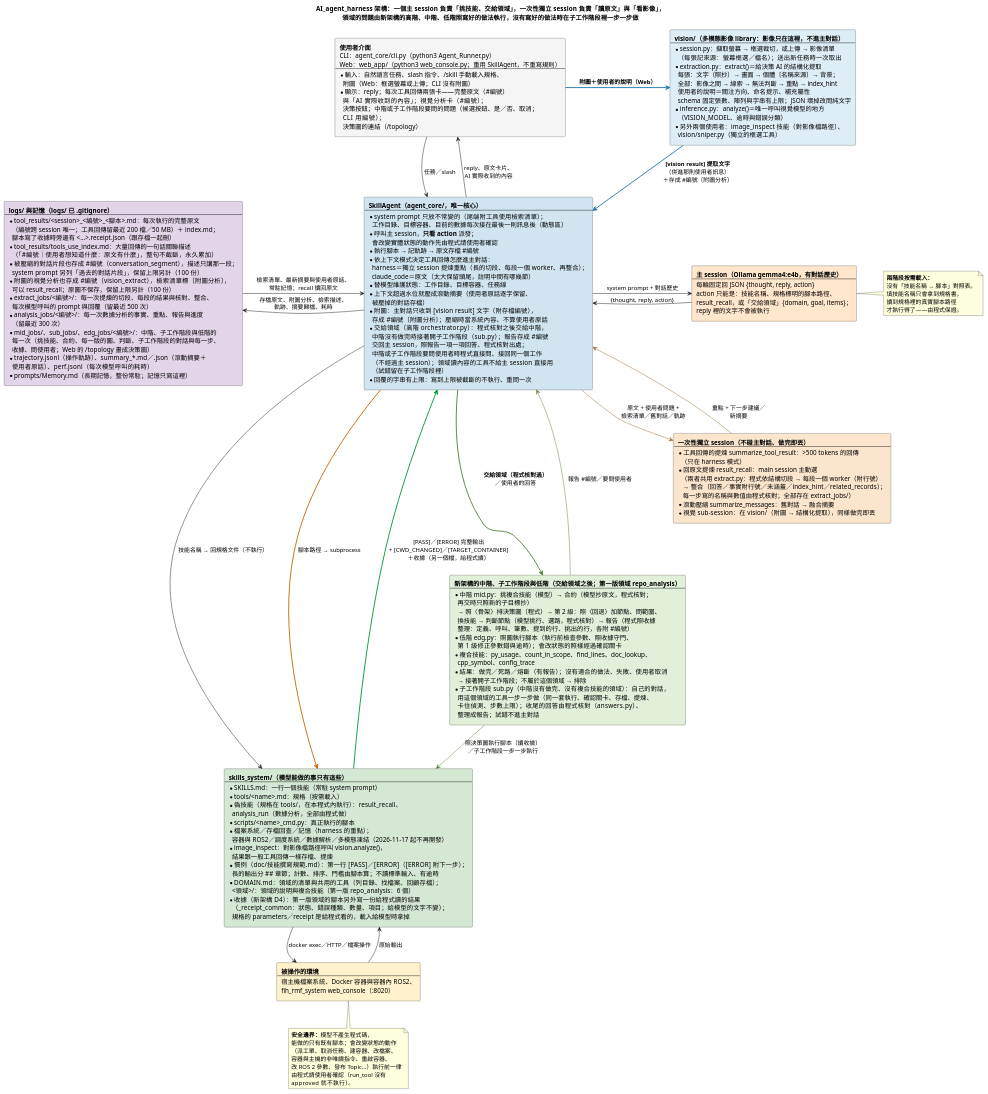
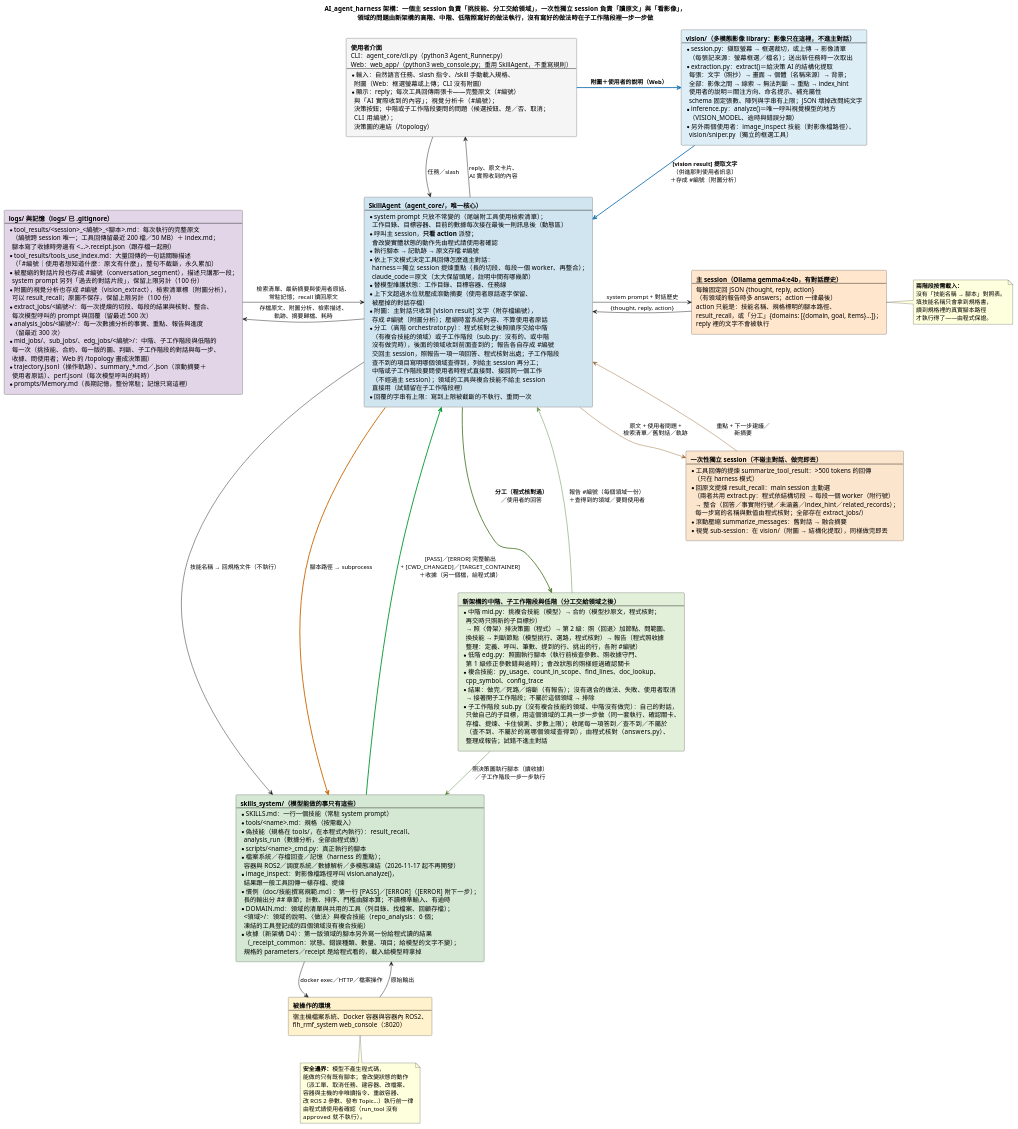
One commit to DavidZox/Coding_agnet changed the diagram in doc/diagrams/AI_agent_harness的說明.puml. Above: the diagram before and after it, drawn with PlantUML. The commit also changed 23 other files, not shown here.

First line of the commit message:
Update evaluation baselines and self-test logic; enhance domain handling in sub-tasks

```diff
--- a/doc/diagrams/AI_agent_harness的說明.puml
+++ b/doc/diagrams/AI_agent_harness的說明.puml
@@ -6,7 +6,7 @@
 skinparam shadowing false
 skinparam defaultFontName "Microsoft JhengHei"
 
-title AI_agent_harness 架構：一個主 session 負責「挑技能、交給領域」，一次性獨立 session 負責「讀原文」與「看影像」，\n領域的問題由新架構的高階、中階、低階照寫好的做法執行，沒有寫好的做法時在子工作階段裡一步一步做
+title AI_agent_harness 架構：一個主 session 負責「挑技能、分工交給領域」，一次性獨立 session 負責「讀原文」與「看影像」，\n領域的問題由新架構的高階、中階、低階照寫好的做法執行，沒有寫好的做法時在子工作階段裡一步一步做
 
 rectangle NodeUser #F5F5F5 [
   **使用者介面**
@@ -54,12 +54,14 @@
     被壓掉的對話存檔）
   * 附圖：主對話只收到 [vision result] 文字（附存檔編號），
     存成 #編號〔附圖分析〕；壓縮時當系統內容、不算使用者原話
-  * 交給領域（高階 orchestrator.py）：程式核對之後交給中階，
-    中階沒有做完時接著開子工作階段（sub.py）；報告存成 #編號
-    交回主 session，照報告一項一項回答、程式核對出處；
+  * 分工（高階 orchestrator.py）：程式核對之後照順序交給中階
+    （有複合技能的領域）或子工作階段（sub.py：沒有的、或中階
+    沒有做完時），後面的領域收到前面查到的；報告各自存成 #編號
+    交回主 session，照報告一項一項回答、程式核對出處；子工作階段
+    查不到的項目寫明哪個領域查得到，列給主 session 再分工；
     中階或子工作階段要問使用者時程式直接問、接回同一個工作
-    （不經過主 session）；領域讀內容的工具不給主 session 直接用
-    （試錯留在子工作階段裡）
+    （不經過主 session）；領域的工具與複合技能不給主 session
+    直接用（試錯留在子工作階段裡）
   * 回覆的字串有上限：寫到上限被截斷的不執行、重問一次
 ]
 
@@ -67,8 +69,9 @@
   **主 session（Ollama gemma4:e4b，有對話歷史）**
   ----
   每輪固定回 JSON {thought, reply, action}
+  （有領域的報告時多 answers；action 一律最後）
   action 只能是：技能名稱、規格標明的腳本路徑、
-  result_recall，或「交給領域」{domain, goal, items}；
+  result_recall，或「分工」{domains: [{domain, goal, items}…]}；
   reply 裡的文字不會被執行
 ]
 
@@ -100,14 +103,15 @@
   * 慣例（doc/技能撰寫規範.md）：第一行 [PASS]／[ERROR]（[ERROR] 附下一步）；
     長的輸出分 ## 章節；計數、排序、門檻由腳本算；不讀標準輸入、有逾時
   * DOMAIN.md：領域的清單與共用的工具（列目錄、找檔案、回顧存檔）；
-    <領域>/：領域的說明與複合技能（第一版 repo_analysis：6 個）
+    <領域>/：領域的說明、〈做法〉與複合技能（repo_analysis：6 個；
+    凍結的工具登記成的四個領域沒有複合技能）
   * 收據（新架構 D4）：第一版領域的腳本另外寫一份給程式讀的結果
     （_receipt_common：狀態、錯誤種類、數量、項目；給模型的文字不變）；
     規格的 parameters／receipt 是給程式看的，載入給模型時拿掉
 ]
 
 rectangle NodeDomain #E2F0D9 [
-  **新架構的中階、子工作階段與低階（交給領域之後；第一版領域 repo_analysis）**
+  **新架構的中階、子工作階段與低階（分工交給領域之後）**
   ----
   * 中階 mid.py：挑複合技能（模型）→ 合約（模型抄原文，程式核對；
     再交時只照新的子目標抄）
@@ -120,9 +124,10 @@
     cpp_symbol、config_trace
   * 結果：做完／死路／熔斷（有報告）；沒有適合的做法、失敗、使用者取消
     → 接著開子工作階段；不屬於這個領域 → 排除
-  * 子工作階段 sub.py（中階沒有做完、沒有複合技能的領域）：自己的對話，
-    用這個領域的工具一步一步做（同一套執行、確認關卡、存檔、提煉、
-    卡住偵測、步數上限）；收尾的回答由程式核對（answers.py）、
+  * 子工作階段 sub.py（沒有複合技能的領域、中階沒有做完）：自己的對話，
+    只做自己的子目標，用這個領域的工具一步一步做（同一套執行、確認關卡、
+    存檔、提煉、卡住偵測、步數上限）；收尾每一項答到／查不到／不屬於
+    （查不到、不屬於的寫哪個領域查得到），由程式核對（answers.py）、
     整理成報告；試錯不進主對話
 ]
 
@@ -171,8 +176,8 @@
 NodeWorld -up-> NodeSkills : 原始輸出
 NodeSkills -[#009933,bold]up-> NodeAgent : [PASS]／[ERROR] 完整輸出\n+ [CWD_CHANGED]／[TARGET_CONTAINER]\n＋收據（另一個檔，給程式讀）
 NodeAgent -left-> NodeStore : 存檔原文、附圖分析、檢索描述、\n軌跡、摘要歸檔、耗時
-NodeAgent -[#548235,bold]right-> NodeDomain : **交給領域（程式核對過）**\n／使用者的回答
-NodeDomain -[#548235]left-> NodeAgent : 報告 #編號／要問使用者
+NodeAgent -[#548235,bold]right-> NodeDomain : **分工（程式核對過）**\n／使用者的回答
+NodeDomain -[#548235]left-> NodeAgent : 報告 #編號（每個領域一份）\n＋查得到的領域／要問使用者
 NodeDomain -[#548235]down-> NodeSkills : 照決策圖執行腳本（讀收據）\n／子工作階段一步一步執行
 NodeSub -[hidden]down-> NodeDomain
 NodeStore -right-> NodeAgent : 檢索清單、最新摘要與使用者原話、\n常駐記憶；recall 讀回原文
```
